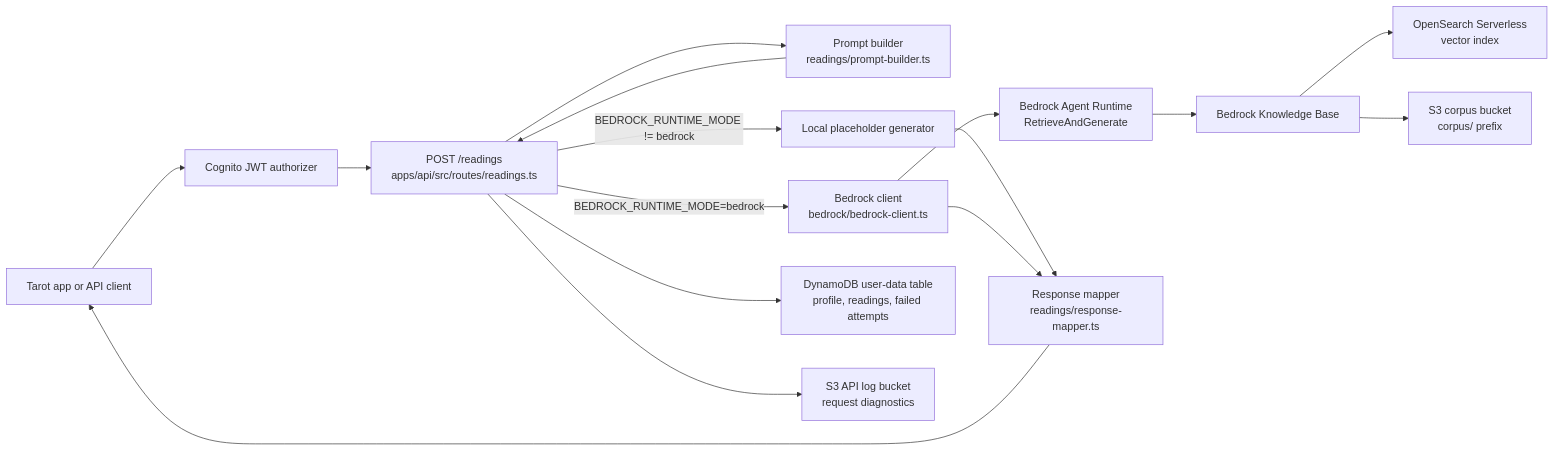
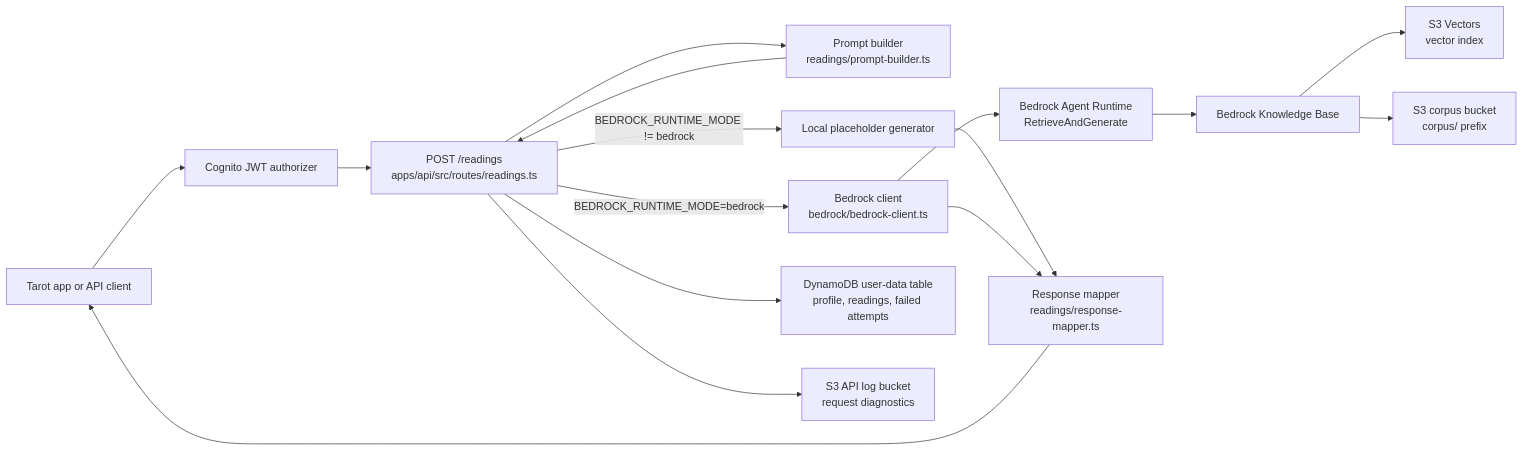
Before and after one commit to ava-collins/simple-tarot: the first of 3 diagrams in docs/bedrock_rag_api_integration.md, drawn with Mermaid. The commit also changed other lines of this file and 7 other files, not shown here.

````diff
--- a/docs/bedrock_rag_api_integration.md
+++ b/docs/bedrock_rag_api_integration.md
@@ -25,32 +25,32 @@
 ```mermaid
 flowchart LR
     Mobile["Tarot app or API client"]
     Auth["Cognito JWT authorizer"]
     Route["POST /readings<br/>apps/api/src/routes/readings.ts"]
     Prompt["Prompt builder<br/>readings/prompt-builder.ts"]
     Local["Local placeholder generator"]
     BedrockClient["Bedrock client<br/>bedrock/bedrock-client.ts"]
     Runtime["Bedrock Agent Runtime<br/>RetrieveAndGenerate"]
     KB["Bedrock Knowledge Base"]
-    AOSS["OpenSearch Serverless<br/>vector index"]
+    Vectors["S3 Vectors<br/>vector index"]
     S3["S3 corpus bucket<br/>corpus/ prefix"]
     Mapper["Response mapper<br/>readings/response-mapper.ts"]
     DDB["DynamoDB user-data table<br/>profile, readings, failed attempts"]
     Logs["S3 API log bucket<br/>request diagnostics"]
 
     Mobile --> Auth
     Auth --> Route
     Route --> Prompt
     Prompt --> Route
     Route -->|"BEDROCK_RUNTIME_MODE != bedrock"| Local
     Route -->|"BEDROCK_RUNTIME_MODE=bedrock"| BedrockClient
     BedrockClient --> Runtime
     Runtime --> KB
-    KB --> AOSS
+    KB --> Vectors
     KB --> S3
     Local --> Mapper
     BedrockClient --> Mapper
     Route --> DDB
     Route --> Logs
     Mapper --> Mobile
 ```
````
